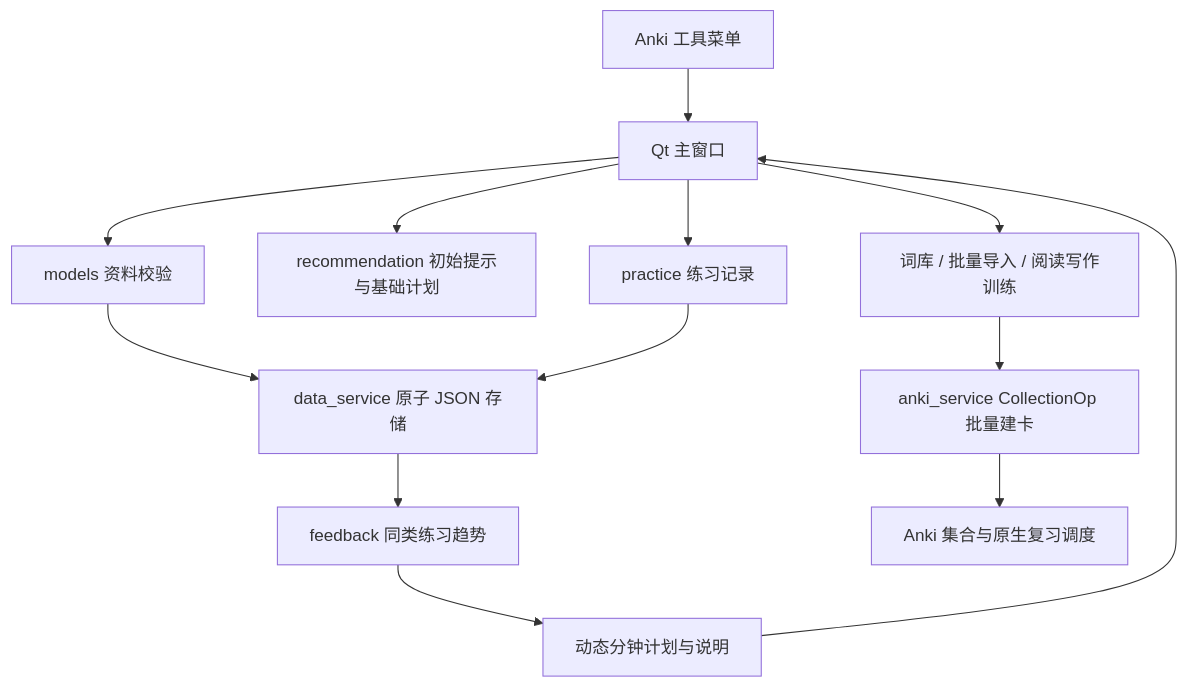
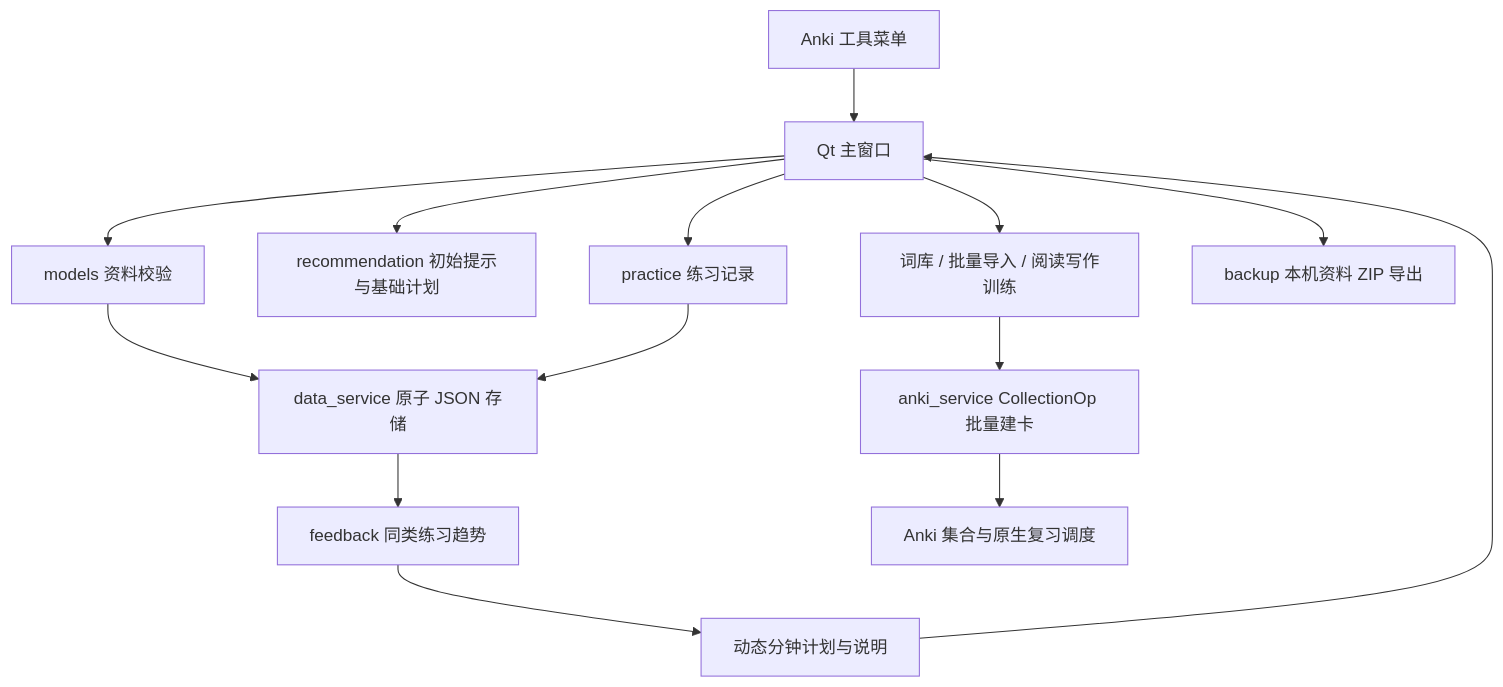
One commit to jerry26230/cet-smart-assistant changed the diagram in docs/engineering-delivery.md. Above: the diagram before and after it, drawn with Mermaid. The commit also changed other lines of this file and 12 other files, not shown here.

````diff
--- a/docs/engineering-delivery.md
+++ b/docs/engineering-delivery.md
@@ -22,15 +23,16 @@
 ```mermaid
 flowchart TD
     A[Anki 工具菜单] --> B[Qt 主窗口]
     B --> C[models 资料校验]
     C --> D[data_service 原子 JSON 存储]
     B --> E[recommendation 初始提示与基础计划]
     B --> F[practice 练习记录]
     F --> D
     D --> G[feedback 同类练习趋势]
     G --> H[动态分钟计划与说明]
     H --> B
     B --> I[词库 / 批量导入 / 阅读写作训练]
     I --> J[anki_service CollectionOp 批量建卡]
     J --> K[Anki 集合与原生复习调度]
+    B --> L[backup 本机资料 ZIP 导出]
 ```
````
